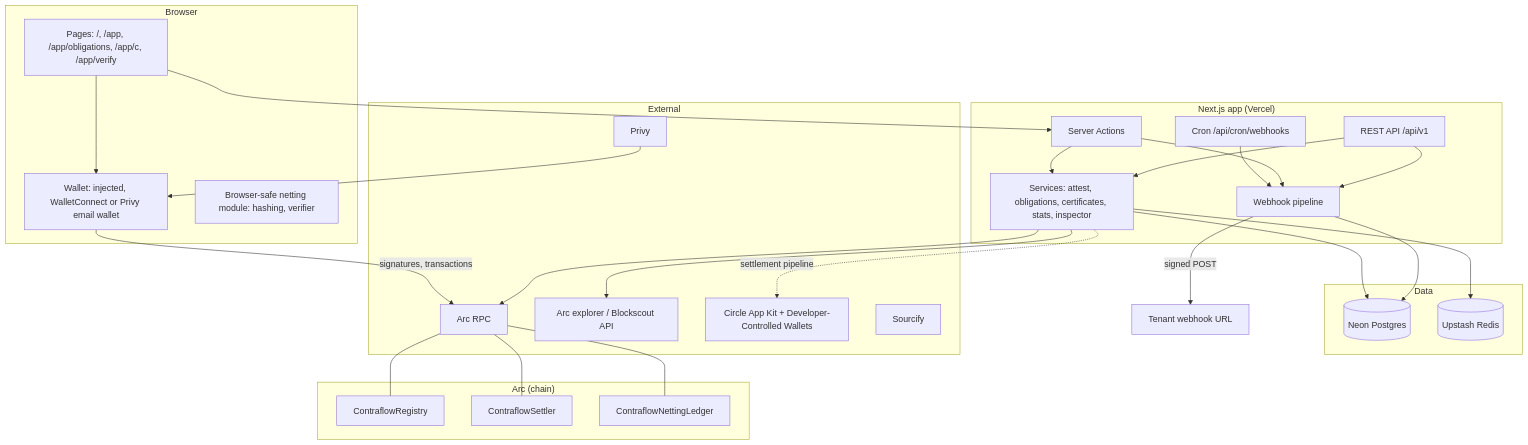
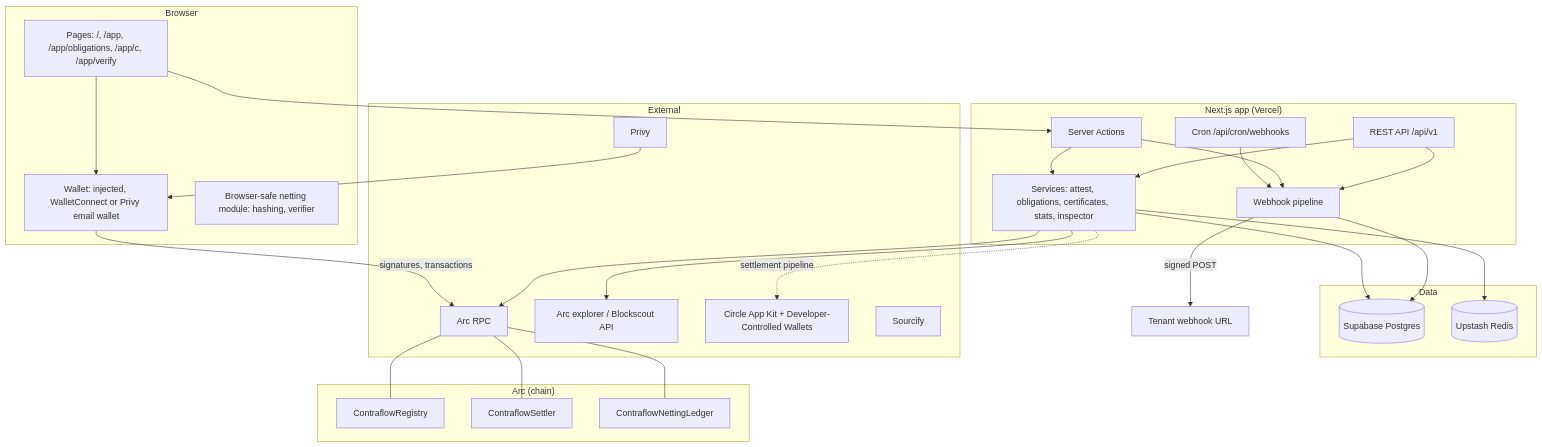
Before and after one commit to AduAkorful/contraflow: the first of 3 diagrams in docs/gitbook/reference/architecture.md, drawn with Mermaid. The commit also changed other lines of this file and 30 other files, not shown here.

First line of the commit message:
refactor: update database references from Neon to Supabase in tests and documentation

````diff
--- a/docs/gitbook/reference/architecture.md
+++ b/docs/gitbook/reference/architecture.md
@@ -9,55 +9,55 @@
 ```mermaid
 graph TD
   subgraph Browser
     UI[Pages: /, /app, /app/obligations, /app/c, /app/verify]
     W[Wallet: injected, WalletConnect or Privy email wallet]
     NB[Browser-safe netting module: hashing, verifier]
   end
 
   subgraph Vercel["Next.js app (Vercel)"]
     SA[Server Actions]
     API[REST API /api/v1]
     CRON[Cron /api/cron/webhooks]
     SVC[Services: attest, obligations, certificates, stats, inspector]
     WH[Webhook pipeline]
   end
 
   subgraph Data
-    NEON[(Neon Postgres)]
+    DBS[(Supabase Postgres)]
     UP[(Upstash Redis)]
   end
 
   subgraph External
     ARC[Arc RPC]
     BS[Arc explorer / Blockscout API]
     PRIVY[Privy]
     CIRCLE[Circle App Kit + Developer-Controlled Wallets]
     SRC[Sourcify]
   end
 
   subgraph Arc["Arc (chain)"]
     REG[ContraflowRegistry]
     SET[ContraflowSettler]
     LED[ContraflowNettingLedger]
   end
 
   UI --> SA
   UI --> W
   W -->|signatures, transactions| ARC
   PRIVY --> W
   SA --> SVC
   API --> SVC
   CRON --> WH
   SA --> WH
   API --> WH
-  SVC --> NEON
+  SVC --> DBS
   SVC --> UP
   SVC --> ARC
   SVC --> BS
-  WH --> NEON
+  WH --> DBS
   WH -->|signed POST| TENANT[Tenant webhook URL]
   ARC --- REG
   ARC --- SET
   ARC --- LED
   SVC -. settlement pipeline .-> CIRCLE
 ```
````
